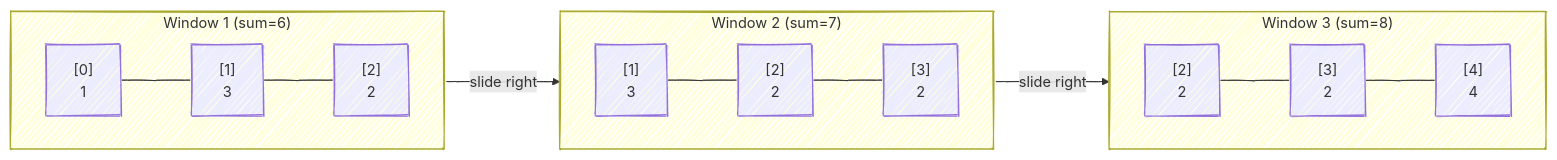
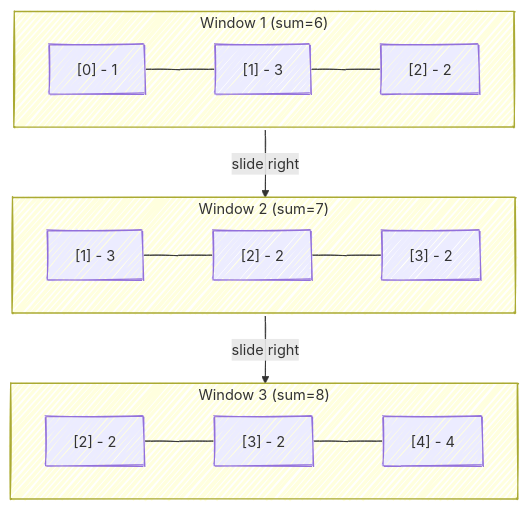
The seventh of 9 diagrams in jekyll/array-fundamentals.md (jimmy706/junedang-blog-pages), drawn with Mermaid before and after one commit. The commit also changed other lines of this file, not shown here.

```diff
--- a/jekyll/array-fundamentals.md
+++ b/jekyll/array-fundamentals.md
@@ -434,20 +441,20 @@
 <pre class="mermaid">
 ---
 config:
   look: handDrawn
 ---
-flowchart LR
+flowchart TB
     subgraph W1["Window 1 (sum=6)"]
         direction LR
-        E1["[0]\n1"] --- E2["[1]\n3"] --- E3["[2]\n2"]
+        E1["[0] - 1"] --- E2["[1] - 3"] --- E3["[2] - 2"]
     end
     subgraph W2["Window 2 (sum=7)"]
         direction LR
-        F1["[1]\n3"] --- F2["[2]\n2"] --- F3["[3]\n2"]
+        F1["[1] - 3"] --- F2["[2] - 2"] --- F3["[3] - 2"]
     end
     subgraph W3["Window 3 (sum=8)"]
         direction LR
-        G1["[2]\n2"] --- G2["[3]\n2"] --- G3["[4]\n4"]
+        G1["[2] - 2"] --- G2["[3] - 2"] --- G3["[4] - 4"]
     end
     W1 -->|"slide right"| W2 -->|"slide right"| W3
 </pre>
```
